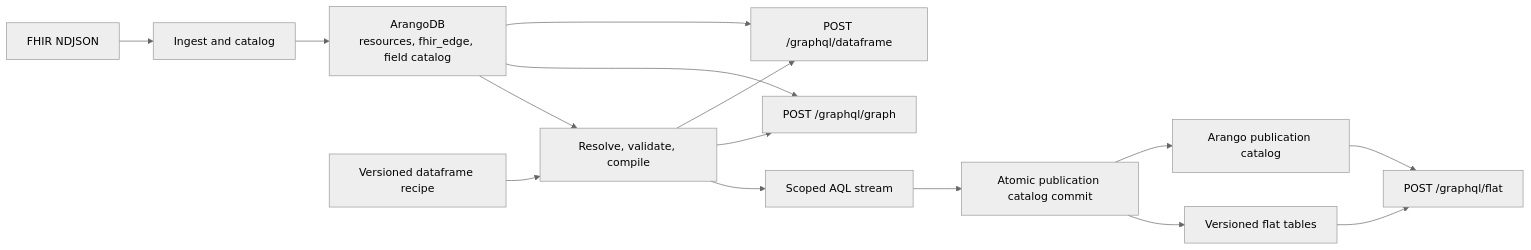
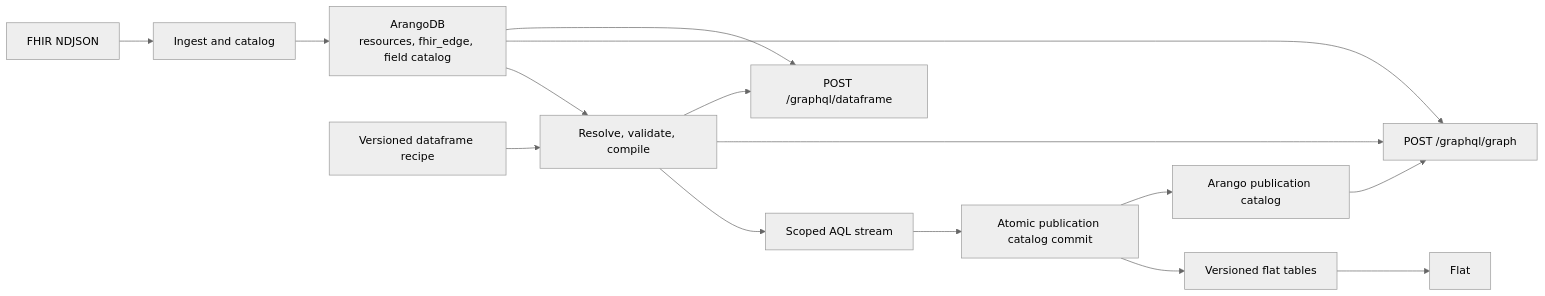
One commit to calypr/loom changed the diagram in README.md. Above: the diagram before and after it, drawn with Mermaid (neutral theme). The commit also changed other lines of this file and 100 other files, not shown here.

````diff
--- a/README.md
+++ b/README.md
@@ -17,17 +17,17 @@
 ```mermaid
 flowchart LR
     NDJSON["FHIR NDJSON"] --> Ingest["Ingest and catalog"]
     Ingest --> Arango["ArangoDB\nresources, fhir_edge, field catalog"]
     Recipe["Versioned dataframe recipe"] --> Compile["Resolve, validate, compile"]
     Arango --> Compile
     Compile --> AQL["Scoped AQL stream"]
     AQL --> Publish["Atomic publication catalog commit"]
     Publish --> ClickHouse["Versioned flat tables"]
     Publish --> Catalog["Arango publication catalog"]
-    Catalog["Arango publication catalog"] --> Flat["POST /graphql/flat"]
+    Catalog["Arango publication catalog"] --> Graph["POST /graphql/graph"]
     ClickHouse --> Flat
     Arango --> Graph["POST /graphql/graph"]
     Arango --> Dataframe["POST /graphql/dataframe"]
     Compile --> Graph
     Compile --> Dataframe
 ```
````
